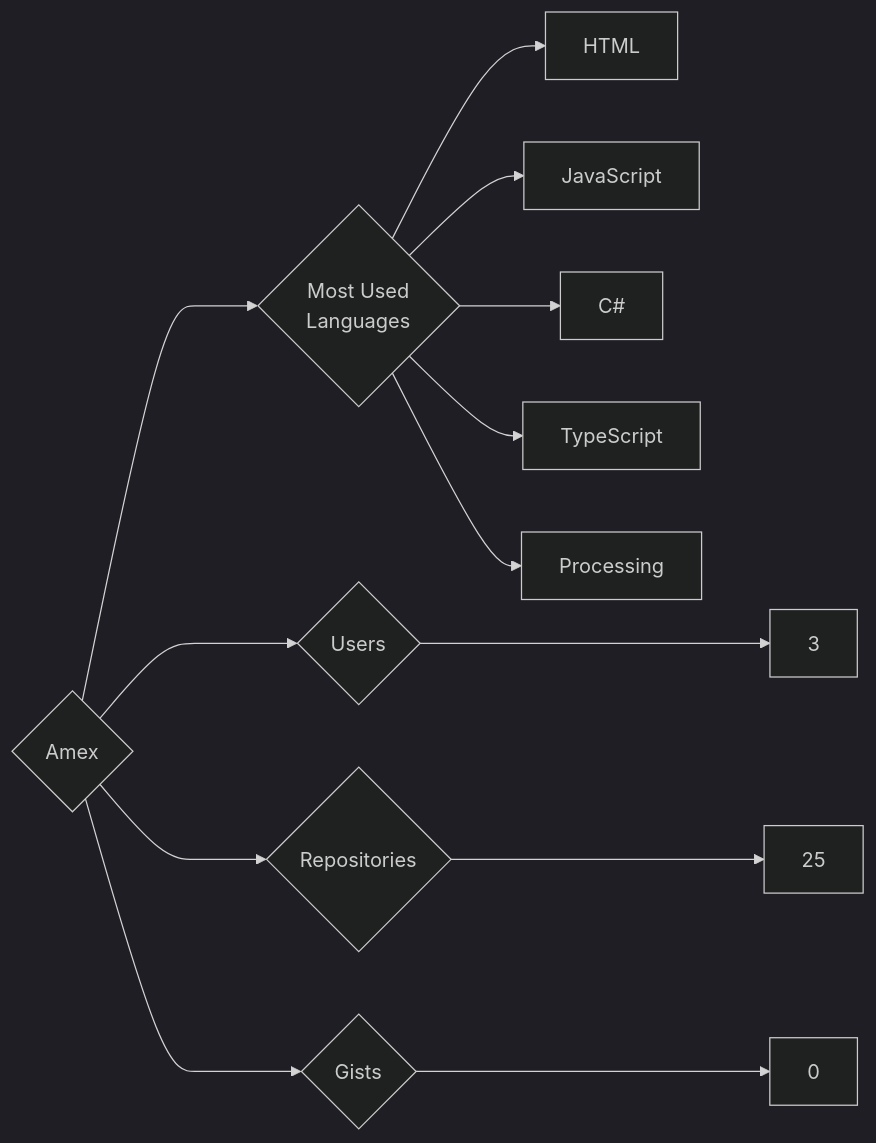
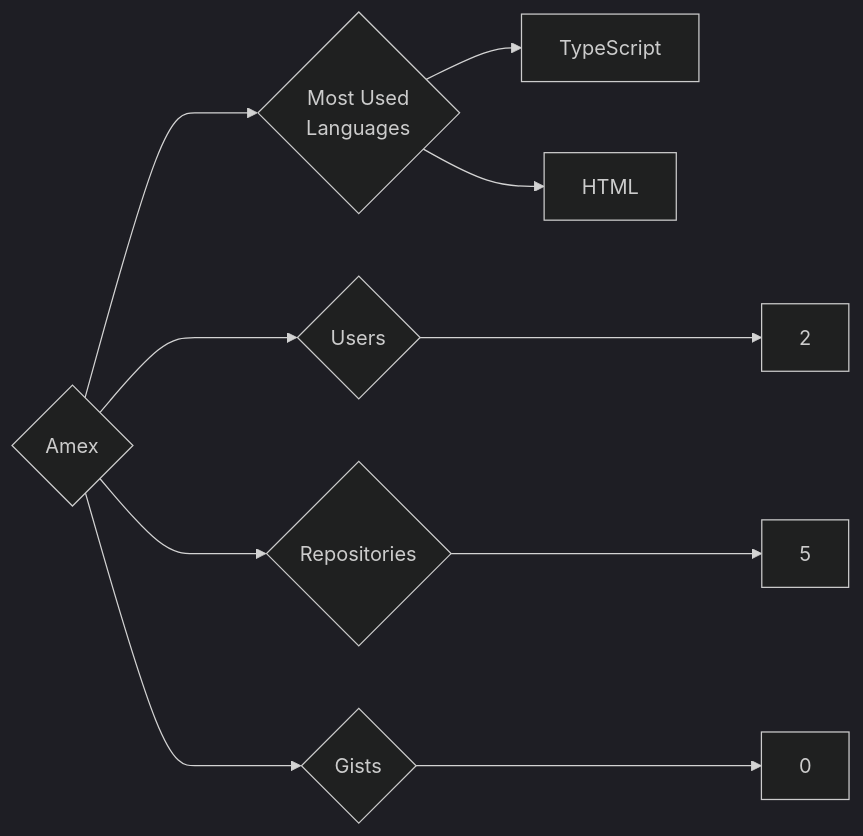
One commit to trickest/insiders changed the diagram in targets/Amex/README.md. Above: the diagram before and after it, drawn with Mermaid (dark theme). The commit also changed 1084 other files, not shown here.

````diff
--- a/targets/Amex/README.md
+++ b/targets/Amex/README.md
@@ -3,13 +3,10 @@
 ```mermaid
 graph LR
 COMPANY_NAME{Amex}
-COMPANY_NAME ---> U{Users} ---> UN[3]
-COMPANY_NAME ---> R{Repositories} ---> RN[25]
+COMPANY_NAME ---> U{Users} ---> UN[2]
+COMPANY_NAME ---> R{Repositories} ---> RN[5]
 COMPANY_NAME ---> G{Gists} ---> GN[0]
 COMPANY_NAME ---> ML{Most Used<br>Languages}
+ML --> TypeScript[TypeScript]
 ML --> HTML[HTML]
-ML --> JavaScript[JavaScript]
-ML --> C#[C#]
-ML --> TypeScript[TypeScript]
-ML --> Processing[Processing]
 ```
````
